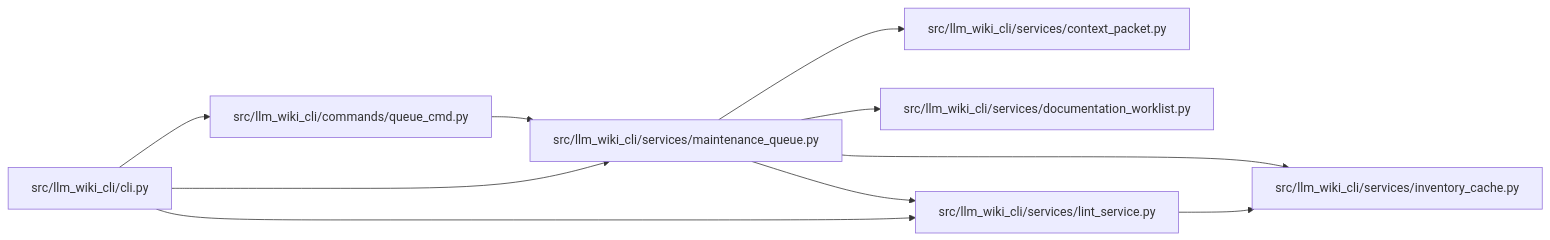
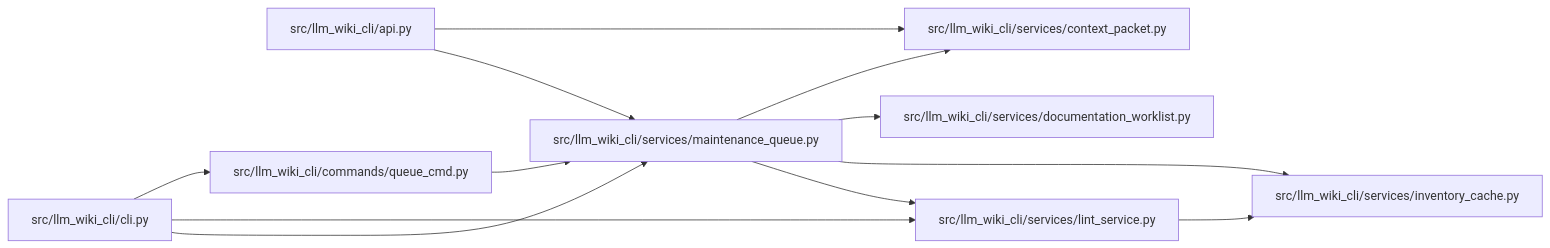
Before and after one commit to Denissvgn/python-wiki-llm: the diagram in docs/llm_wiki/modules/maintenance_queue.md, drawn with Mermaid. The commit also changed other lines of this file and 865 other files, not shown here.

````diff
--- a/docs/llm_wiki/modules/maintenance_queue.md
+++ b/docs/llm_wiki/modules/maintenance_queue.md
@@ -30,26 +30,30 @@
 ```mermaid
 flowchart LR
-    n0["src/llm_wiki_cli/cli.py"]
-    n1["src/llm_wiki_cli/commands/queue_cmd.py"]
-    n2["src/llm_wiki_cli/services/context_packet.py"]
-    n3["src/llm_wiki_cli/services/documentation_worklist.py"]
-    n4["src/llm_wiki_cli/services/inventory_cache.py"]
-    n5["src/llm_wiki_cli/services/lint_service.py"]
-    n6["src/llm_wiki_cli/services/maintenance_queue.py"]
-    n0 --> n1
-    n0 --> n5
-    n0 --> n6
+    n0["src/llm_wiki_cli/api.py"]
+    n1["src/llm_wiki_cli/cli.py"]
+    n2["src/llm_wiki_cli/commands/queue_cmd.py"]
+    n3["src/llm_wiki_cli/services/context_packet.py"]
+    n4["src/llm_wiki_cli/services/documentation_worklist.py"]
+    n5["src/llm_wiki_cli/services/inventory_cache.py"]
+    n6["src/llm_wiki_cli/services/lint_service.py"]
+    n7["src/llm_wiki_cli/services/maintenance_queue.py"]
+    n0 --> n3
+    n0 --> n7
+    n1 --> n2
     n1 --> n6
-    n5 --> n4
-    n6 --> n2
-    n6 --> n3
-    n6 --> n4
+    n1 --> n7
+    n2 --> n7
     n6 --> n5
-    click n0 "../modules/cli.md"
-    click n1 "../modules/queue_cmd.md"
-    click n2 "../modules/context_packet.md"
-    click n3 "../modules/documentation_worklist.md"
-    click n4 "../modules/inventory_cache.md"
-    click n5 "../modules/lint_service.md"
-    click n6 "../modules/maintenance_queue.md"
+    n7 --> n3
+    n7 --> n4
+    n7 --> n5
+    n7 --> n6
+    click n0 "../modules/api.md"
+    click n1 "../modules/cli.md"
+    click n2 "../modules/queue_cmd.md"
+    click n3 "../modules/context_packet.md"
+    click n4 "../modules/documentation_worklist.md"
+    click n5 "../modules/inventory_cache.md"
+    click n6 "../modules/lint_service.md"
+    click n7 "../modules/maintenance_queue.md"
 ```
````
